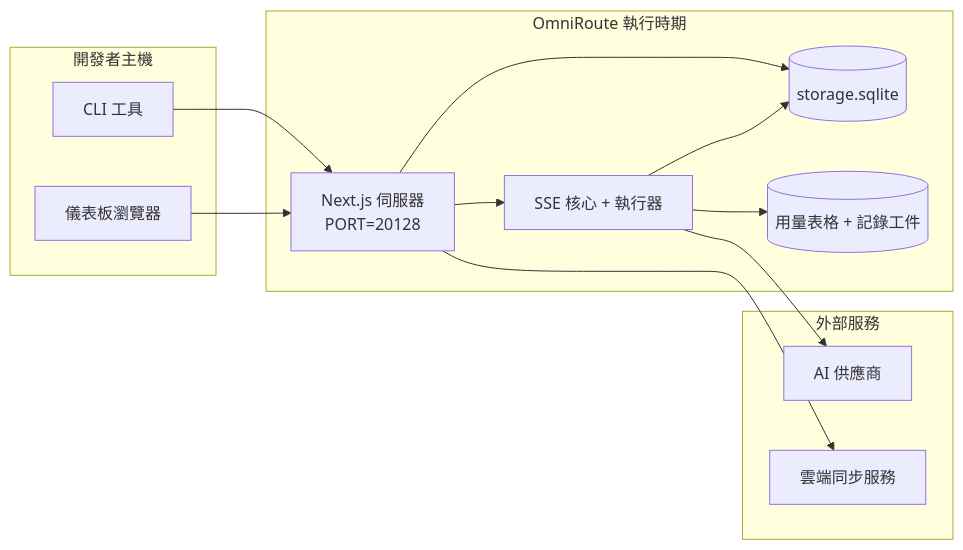
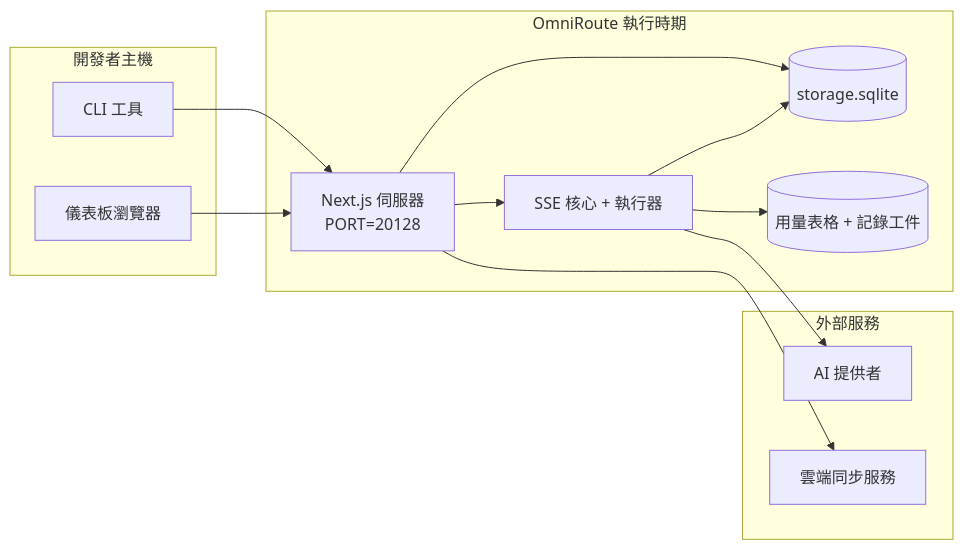
One commit to gabrielmoreira/agent-skills-mirror changed the seventh of 7 diagrams in mirrors/repos/diegosouzapw@OmniRoute/docs/i18n/zh-TW/docs/architecture/ARCHITECTURE.md. Above: the diagram before and after it, drawn with Mermaid. The commit also changed other lines of this file and 1979 other files, not shown here.

````diff
--- a/mirrors/repos/diegosouzapw@OmniRoute/docs/i18n/zh-TW/docs/architecture/ARCHITECTURE.md
+++ b/mirrors/repos/diegosouzapw@OmniRoute/docs/i18n/zh-TW/docs/architecture/ARCHITECTURE.md
@@ -785,28 +785,28 @@
 ```mermaid
 flowchart LR
     subgraph LocalHost[開發者主機]
         CLI[CLI 工具]
         Browser[儀表板瀏覽器]
     end
 
     subgraph ContainerOrProcess[OmniRoute 執行時期]
         Next[Next.js 伺服器\nPORT=20128]
         Core[SSE 核心 + 執行器]
         MainDB[(storage.sqlite)]
         UsageDB[(用量表格 + 記錄工件)]
     end
 
     subgraph External[外部服務]
-        Providers[AI 供應商]
+        Providers[AI 提供者]
         SyncCloud[雲端同步服務]
     end
 
     CLI --> Next
     Browser --> Next
     Next --> Core
     Next --> MainDB
     Core --> MainDB
     Core --> UsageDB
     Core --> Providers
     Next --> SyncCloud
 ```
````
